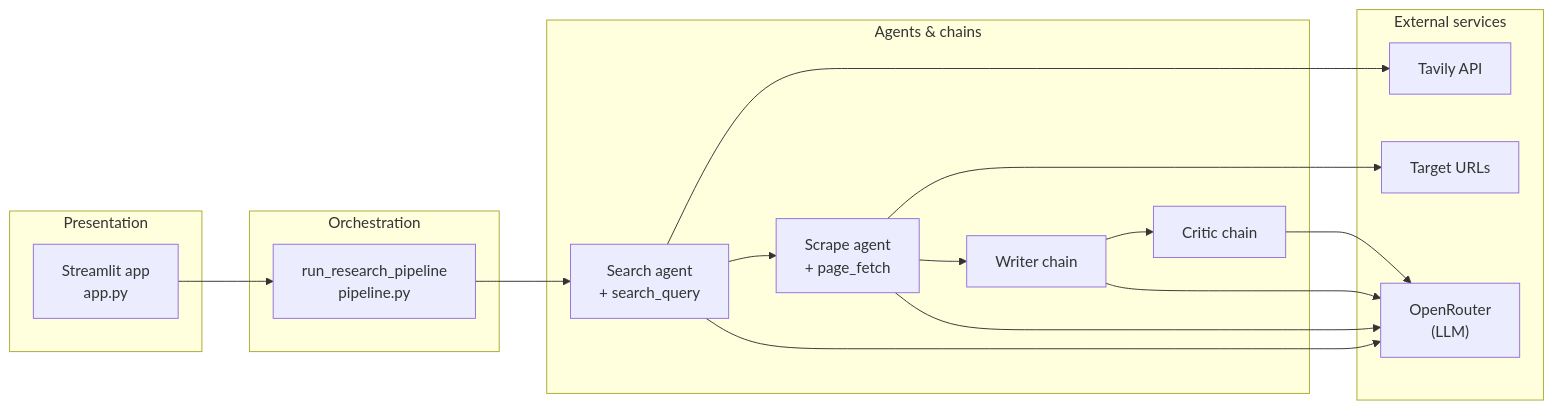
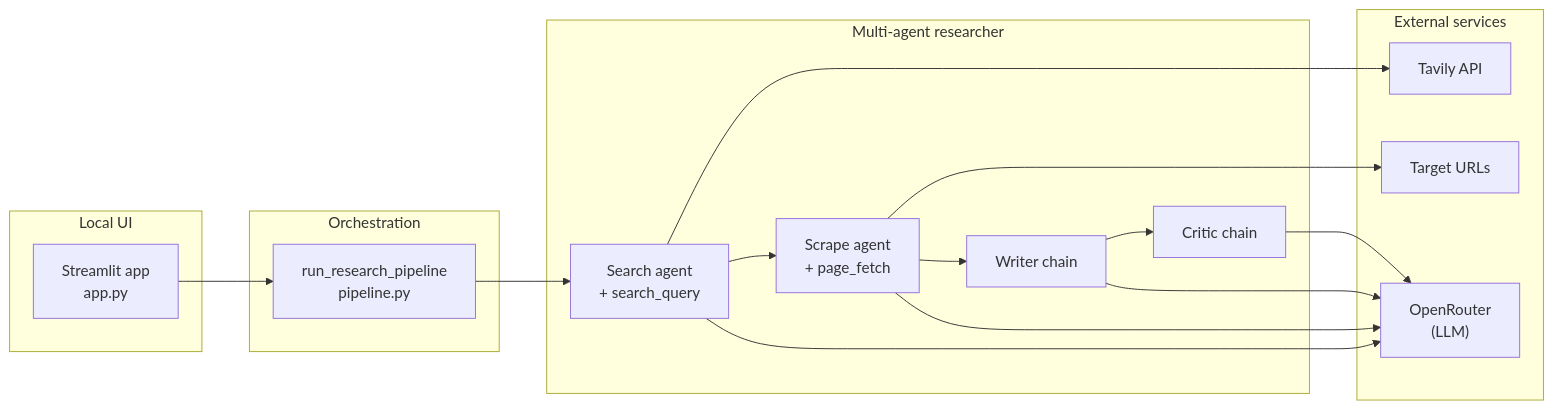
The diagram in README.md (asheshjyotii/Re-search_agent), drawn with Mermaid before and after one commit. The commit also changed other lines of this file and 1 other file, not shown here.

````diff
--- a/README.md
+++ b/README.md
@@ -29,29 +33,29 @@
 ```mermaid
 flowchart LR
-    subgraph ui ["Presentation"]
+    subgraph ui ["Local UI"]
         APP["Streamlit app\napp.py"]
     end
     subgraph core ["Orchestration"]
         PL["run_research_pipeline\npipeline.py"]
     end
-    subgraph agents ["Agents & chains"]
+    subgraph agents ["Multi-agent researcher"]
         SA["Search agent\n+ search_query"]
         SCR["Scrape agent\n+ page_fetch"]
         WR["Writer chain"]
         CR["Critic chain"]
     end
     subgraph data ["External services"]
         TV["Tavily API"]
         WEB["Target URLs"]
         OR["OpenRouter\n(LLM)"]
     end
 
     APP --> PL
     PL --> SA --> SCR --> WR --> CR
     SA --> TV
     SCR --> WEB
     SA --> OR
     SCR --> OR
     WR --> OR
     CR --> OR
 ```
````
